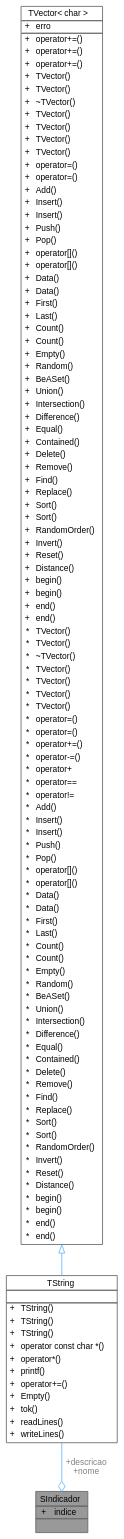
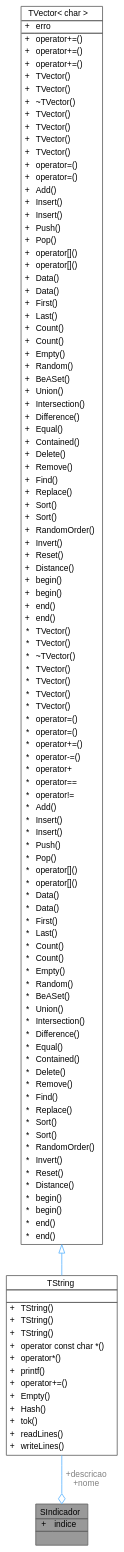
One commit to jcoelho72/TProcura changed the diagram in structSIndicador__coll__graph.dot. Above: the diagram before and after it, drawn with Graphviz. The commit also changed 46 other files, not shown here.

```diff
--- a/structSIndicador__coll__graph.dot
+++ b/structSIndicador__coll__graph.dot
@@ -24,6 +24,7 @@
 <TR><TD VALIGN="top" CELLPADDING="1" CELLSPACING="0">+</TD><TD VALIGN="top" ALIGN="LEFT" CELLPADDING="1" CELLSPACING="0">printf()<BR ALIGN="LEFT"/></TD></TR>
 <TR><TD VALIGN="top" CELLPADDING="1" CELLSPACING="0">+</TD><TD VALIGN="top" ALIGN="LEFT" CELLPADDING="1" CELLSPACING="0">operator+=()<BR ALIGN="LEFT"/></TD></TR>
 <TR><TD VALIGN="top" CELLPADDING="1" CELLSPACING="0">+</TD><TD VALIGN="top" ALIGN="LEFT" CELLPADDING="1" CELLSPACING="0">Empty()<BR ALIGN="LEFT"/></TD></TR>
+<TR><TD VALIGN="top" CELLPADDING="1" CELLSPACING="0">+</TD><TD VALIGN="top" ALIGN="LEFT" CELLPADDING="1" CELLSPACING="0">Hash()<BR ALIGN="LEFT"/></TD></TR>
 <TR><TD VALIGN="top" CELLPADDING="1" CELLSPACING="0">+</TD><TD VALIGN="top" ALIGN="LEFT" CELLPADDING="1" CELLSPACING="0">tok()<BR ALIGN="LEFT"/></TD></TR>
 <TR><TD VALIGN="top" CELLPADDING="1" CELLSPACING="0">+</TD><TD VALIGN="top" ALIGN="LEFT" CELLPADDING="1" CELLSPACING="0">readLines()<BR ALIGN="LEFT"/></TD></TR>
 <TR><TD VALIGN="top" CELLPADDING="1" CELLSPACING="0">+</TD><TD VALIGN="top" ALIGN="LEFT" CELLPADDING="1" CELLSPACING="0">writeLines()<BR ALIGN="LEFT"/></TD></TR>
```
